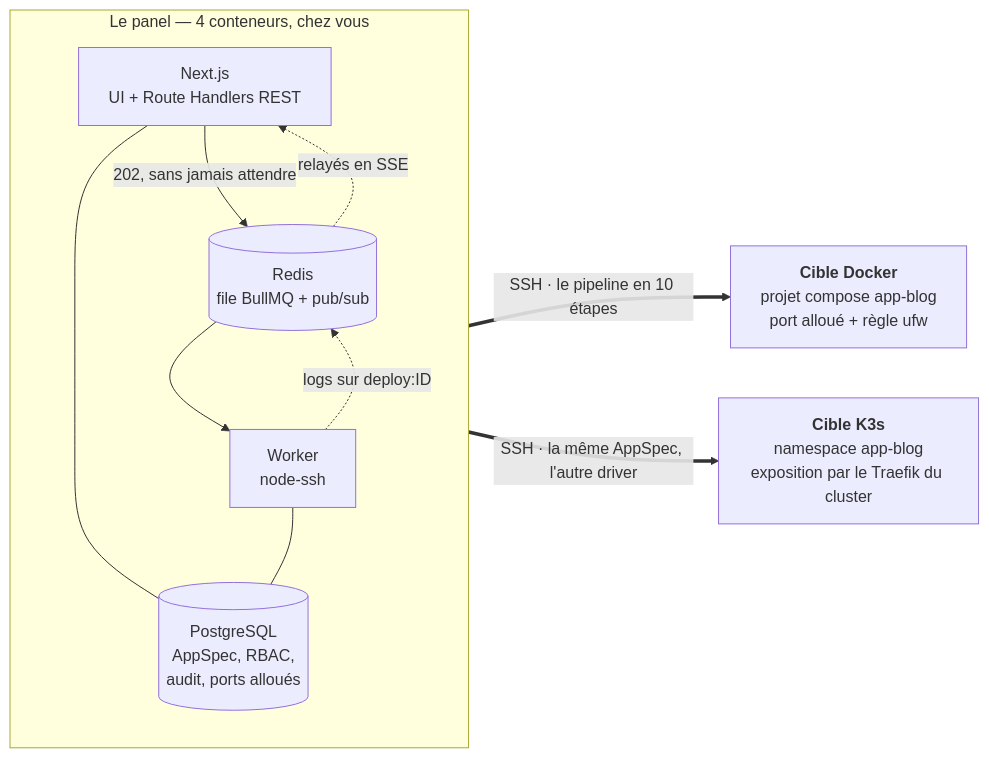
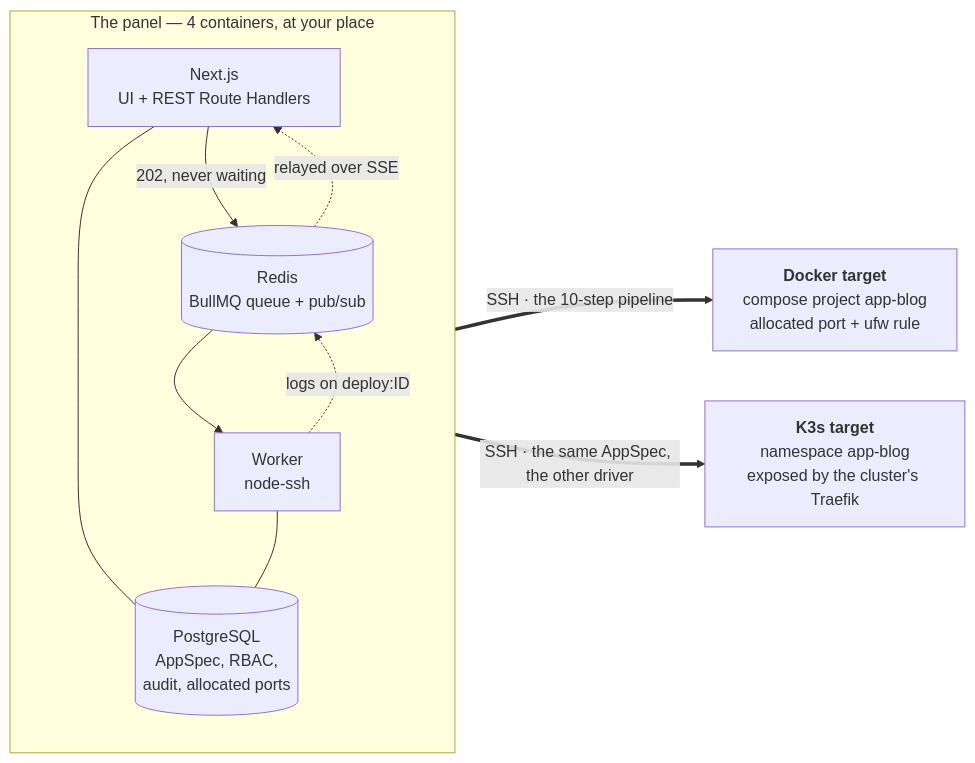
One commit to KowKowFR/pupitre changed the diagram in README.md. Above: the diagram before and after it, drawn with Mermaid. The commit also changed other lines of this file and 34 other files, not shown here.

````diff
--- a/README.md
+++ b/README.md
@@ -87,22 +86,22 @@
 ```mermaid
 flowchart LR
-  subgraph panel["Le panel — 4 conteneurs, chez vous"]
+  subgraph panel["The panel — 4 containers, at your place"]
     direction TB
-    web["Next.js<br/>UI + Route Handlers REST"]
-    redis[("Redis<br/>file BullMQ + pub/sub")]
+    web["Next.js<br/>UI + REST Route Handlers"]
+    redis[("Redis<br/>BullMQ queue + pub/sub")]
     worker["Worker<br/>node-ssh"]
-    pg[("PostgreSQL<br/>AppSpec, RBAC,<br/>audit, ports alloués")]
-    web -- "202, sans jamais attendre" --> redis
+    pg[("PostgreSQL<br/>AppSpec, RBAC,<br/>audit, allocated ports")]
+    web -- "202, never waiting" --> redis
     redis --> worker
-    worker -. "logs sur deploy:ID" .-> redis
-    redis -. "relayés en SSE" .-> web
+    worker -. "logs on deploy:ID" .-> redis
+    redis -. "relayed over SSE" .-> web
     web --- pg
     worker --- pg
   end
 
-  dk["<b>Cible Docker</b><br/>projet compose app-blog<br/>port alloué + règle ufw"]
-  k3["<b>Cible K3s</b><br/>namespace app-blog<br/>exposition par le Traefik du cluster"]
+  dk["<b>Docker target</b><br/>compose project app-blog<br/>allocated port + ufw rule"]
+  k3["<b>K3s target</b><br/>namespace app-blog<br/>exposed by the cluster's Traefik"]
 
-  worker == "SSH · le pipeline en 10 étapes" ==> dk
-  worker == "SSH · la même AppSpec, l'autre driver" ==> k3
+  worker == "SSH · the 10-step pipeline" ==> dk
+  worker == "SSH · the same AppSpec, the other driver" ==> k3
 ```
````
